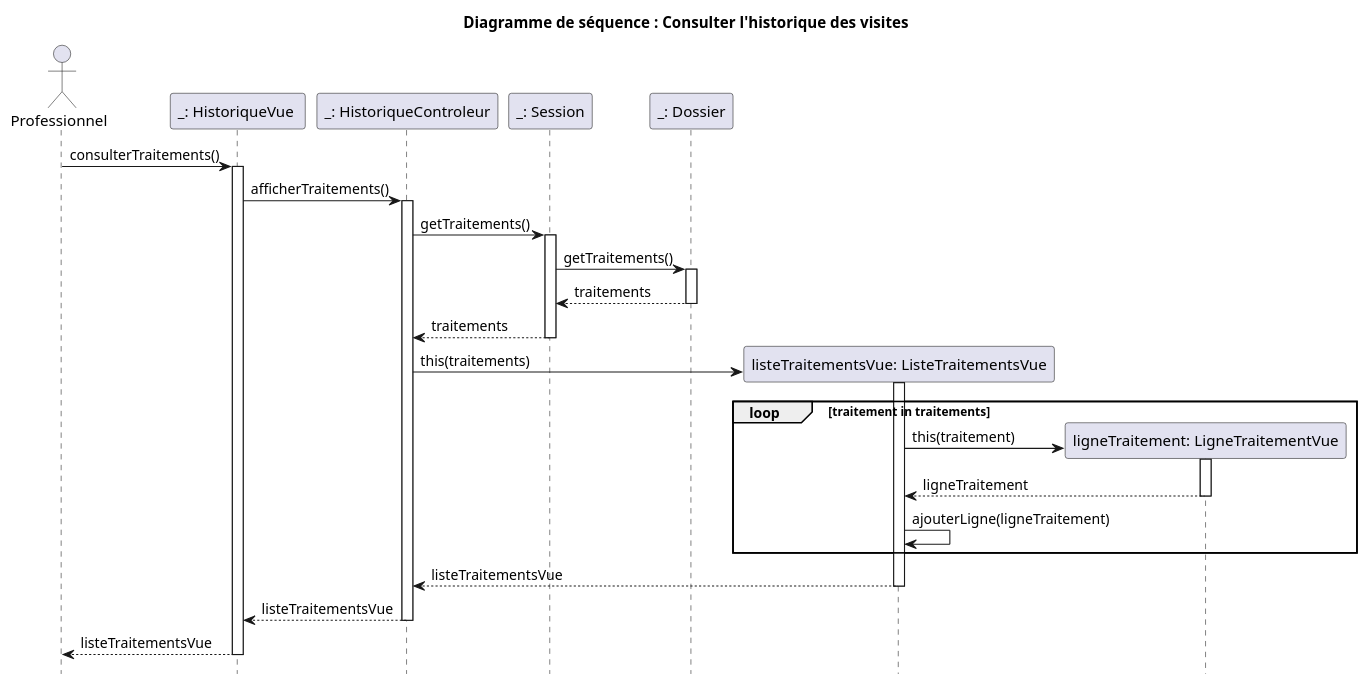
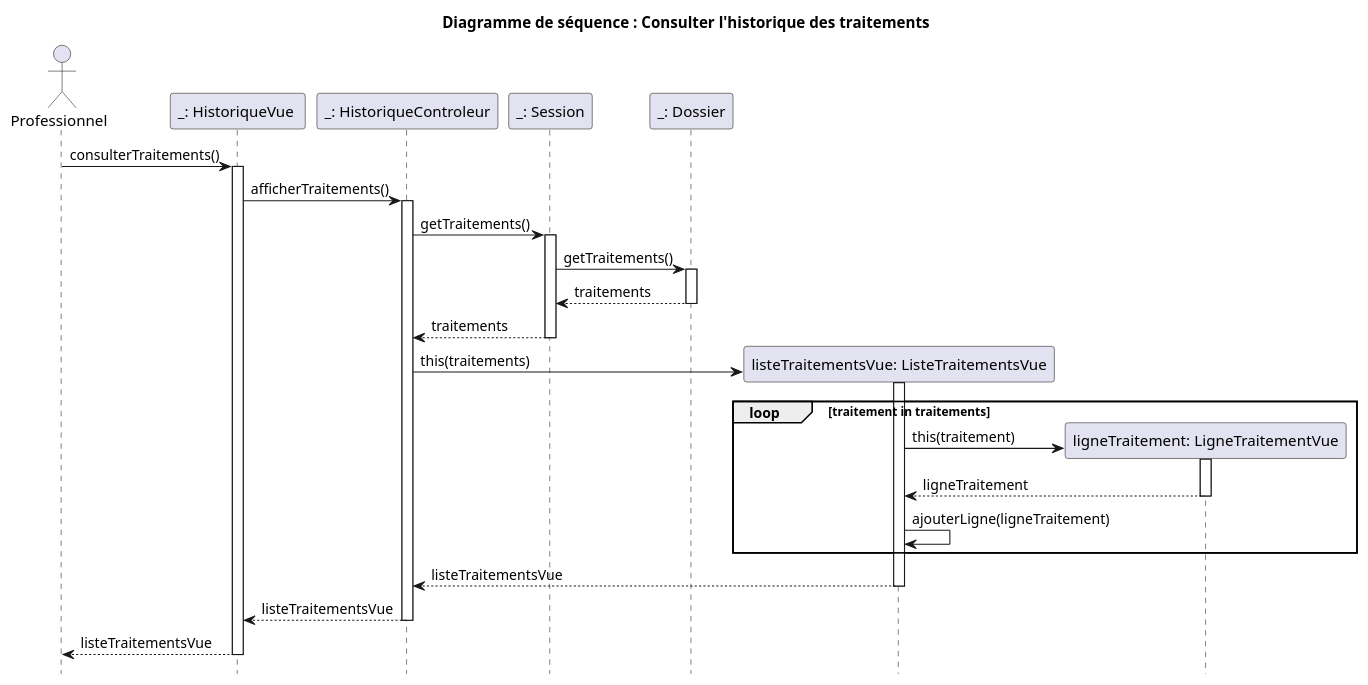
Before and after one commit to fethiuqam/INF5153-Projet-Session: the diagram in models/Diagramme_Sequences/Consulter_historique_traitements/sequence_diagram_consulter_traitements.puml, drawn with PlantUML. The commit also changed 8 other files, not shown here.

Commit message:
ajout du document rapport.md avec les images des diagrammes

```diff
--- a/models/Diagramme_Sequences/Consulter_historique_traitements/sequence_diagram_consulter_traitements.puml
+++ b/models/Diagramme_Sequences/Consulter_historique_traitements/sequence_diagram_consulter_traitements.puml
@@ -1,42 +1,42 @@
 @startuml
 
-title Diagramme de séquence : Consulter l'historique des visites
+title Diagramme de séquence : Consulter l'historique des traitements
 hide footbox
 
 actor "Professionnel" as pro
 
 participant "_: HistoriqueVue " as df
 pro -> df : consulterTraitements()
 activate df
     participant "_: HistoriqueControleur" as dc
     df -> dc : afficherTraitements()
     activate dc
     participant "_: Session" as d
     dc -> d : getTraitements()
     activate d
     participant "_: Dossier" as dsr
         d -> dsr : getTraitements()
         activate dsr
         dsr --> d : traitements
         deactivate dsr
     d --> dc : traitements
     deactivate d
     create participant "listeTraitementsVue: ListeTraitementsVue" as vhf
     dc -> vhf: this(traitements)
     activate vhf
     loop traitement in traitements
         create participant "ligneTraitement: LigneTraitementVue" as lvf
             vhf -> lvf : this(traitement)
             activate lvf
             lvf --> vhf : ligneTraitement
             deactivate lvf
         vhf -> vhf : ajouterLigne(ligneTraitement)
     end
     vhf --> dc : listeTraitementsVue
     deactivate vhf
     dc --> df : listeTraitementsVue
     deactivate dc
     df --> pro : listeTraitementsVue
 deactivate df
 
 @enduml
```
